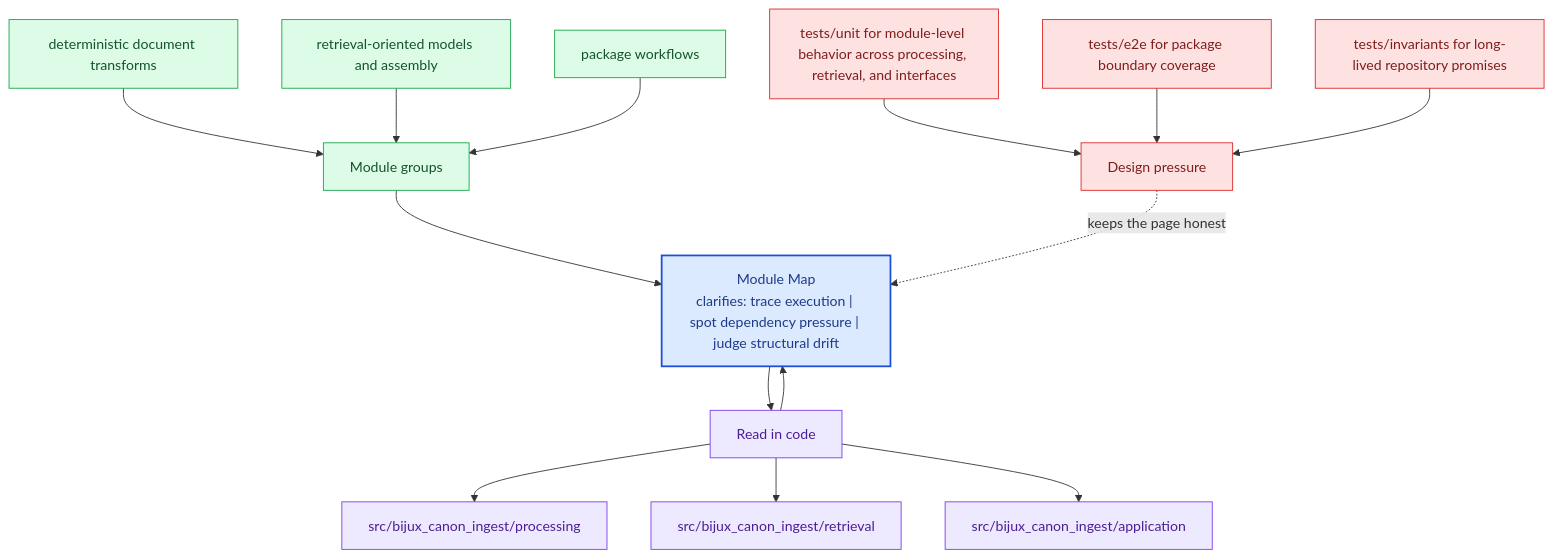
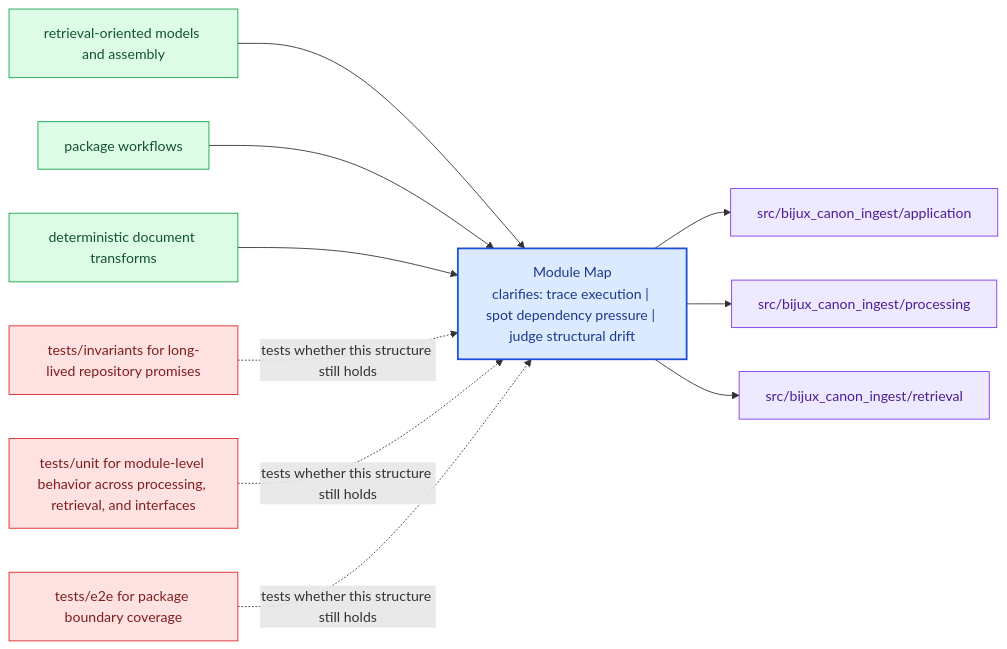
Before and after one commit to bijux/bijux-canon: the diagram in docs/bijux-canon-ingest/architecture/module-map.md, drawn with Mermaid. The commit also changed other lines of this file and 281 other files, not shown here.

Commit message:
docs(diagrams): replace repeated mermaid scaffolds with page-specific summaries

````diff
--- a/docs/bijux-canon-ingest/architecture/module-map.md
+++ b/docs/bijux-canon-ingest/architecture/module-map.md
@@ -68,40 +23,31 @@
 ```mermaid
-flowchart TB
-    promise["Module Map<br/>clarifies: trace execution | spot dependency pressure | judge structural drift"]
-    classDef promise fill:#dbeafe,stroke:#1d4ed8,color:#1e3a8a,stroke-width:2px;
-    classDef driver fill:#dcfce7,stroke:#16a34a,color:#14532d;
-    classDef constraint fill:#fee2e2,stroke:#dc2626,color:#7f1d1d;
-    classDef ground fill:#ede9fe,stroke:#7c3aed,color:#4c1d95;
-    focus1["Module groups"]
-    focus1 --> promise
-    focus1_1["deterministic document transforms"]
-    focus1_1 --> focus1
-    focus1_2["retrieval-oriented models and assembly"]
-    focus1_2 --> focus1
-    focus1_3["package workflows"]
-    focus1_3 --> focus1
-    class focus1 driver;
-    class focus1_1,focus1_2,focus1_3 driver;
-    focus2["Read in code"]
-    focus2 --> promise
-    promise --> focus2
-    focus2_1["src/bijux_canon_ingest/processing"]
-    focus2 --> focus2_1
-    focus2_2["src/bijux_canon_ingest/retrieval"]
-    focus2 --> focus2_2
-    focus2_3["src/bijux_canon_ingest/application"]
-    focus2 --> focus2_3
-    class focus2 ground;
-    class focus2_1,focus2_2,focus2_3 ground;
-    focus3["Design pressure"]
-    focus3 -.keeps the page honest.-> promise
-    focus3_1["tests/unit for module-level behavior across processing, retrieval, and interfaces"]
-    focus3_1 --> focus3
-    focus3_2["tests/e2e for package boundary coverage"]
-    focus3_2 --> focus3
-    focus3_3["tests/invariants for long-lived repository promises"]
-    focus3_3 --> focus3
-    class focus3 constraint;
-    class focus3_1,focus3_2,focus3_3 constraint;
-    class promise promise;
+flowchart LR
+    page["Module Map<br/>clarifies: trace execution | spot dependency pressure | judge structural drift"]
+    classDef page fill:#dbeafe,stroke:#1d4ed8,color:#1e3a8a,stroke-width:2px;
+    classDef positive fill:#dcfce7,stroke:#16a34a,color:#14532d;
+    classDef caution fill:#fee2e2,stroke:#dc2626,color:#7f1d1d;
+    classDef anchor fill:#ede9fe,stroke:#7c3aed,color:#4c1d95;
+    classDef action fill:#fef3c7,stroke:#d97706,color:#7c2d12;
+    module1["retrieval-oriented models and assembly"]
+    module1 --> page
+    module2["package workflows"]
+    module2 --> page
+    module3["deterministic document transforms"]
+    module3 --> page
+    code1["src/bijux_canon_ingest/application"]
+    page --> code1
+    code2["src/bijux_canon_ingest/processing"]
+    page --> code2
+    code3["src/bijux_canon_ingest/retrieval"]
+    page --> code3
+    pressure1["tests/invariants for long-lived repository promises"]
+    pressure1 -.tests whether this structure still holds.-> page
+    pressure2["tests/unit for module-level behavior across processing, retrieval, and interfaces"]
+    pressure2 -.tests whether this structure still holds.-> page
+    pressure3["tests/e2e for package boundary coverage"]
+    pressure3 -.tests whether this structure still holds.-> page
+    class page page;
+    class module1,module2,module3 positive;
+    class code1,code2,code3 anchor;
+    class pressure1,pressure2,pressure3 caution;
 ```
````
